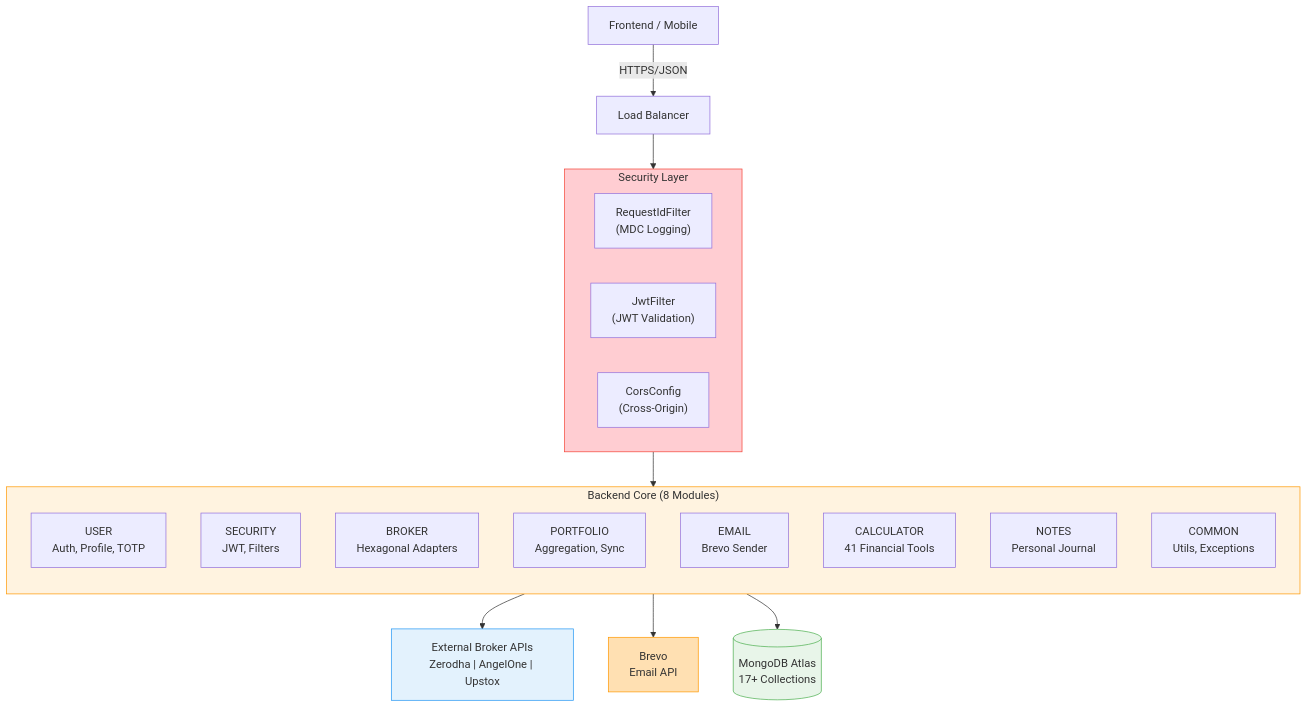
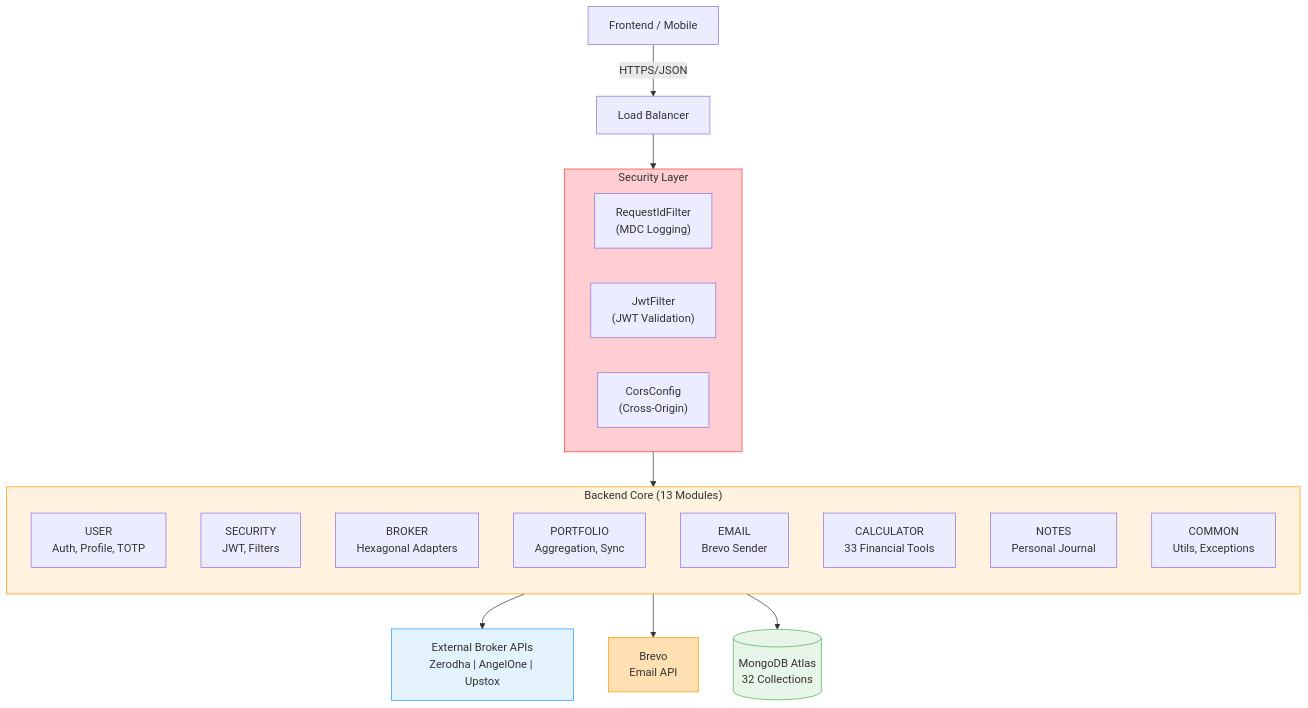
Before and after one commit to urvagandhi/coinTrack: the first of 10 diagrams in backend/README.md, drawn with Mermaid. The commit also changed other lines of this file and 35 other files, not shown here.

````diff
--- a/backend/README.md
+++ b/backend/README.md
@@ -91,36 +91,36 @@
 ```mermaid
 graph TB
     FE["Frontend / Mobile"] -->|"HTTPS/JSON"| LB["Load Balancer"]
 
     LB --> SEC
 
     subgraph SEC["Security Layer"]
         RIF["RequestIdFilter<br/>(MDC Logging)"]
         JWF["JwtFilter<br/>(JWT Validation)"]
         CORS["CorsConfig<br/>(Cross-Origin)"]
     end
 
     SEC --> CORE
 
-    subgraph CORE["Backend Core (8 Modules)"]
+    subgraph CORE["Backend Core (13 Modules)"]
         direction TB
         USER["USER<br/>Auth, Profile, TOTP"]
         SECURITY["SECURITY<br/>JWT, Filters"]
         BROKER["BROKER<br/>Hexagonal Adapters"]
         PORTFOLIO["PORTFOLIO<br/>Aggregation, Sync"]
         EMAIL["EMAIL<br/>Brevo Sender"]
-        CALCULATOR["CALCULATOR<br/>41 Financial Tools"]
+        CALCULATOR["CALCULATOR<br/>33 Financial Tools"]
         NOTES["NOTES<br/>Personal Journal"]
         COMMON["COMMON<br/>Utils, Exceptions"]
     end
 
-    CORE --> DB[("MongoDB Atlas<br/>17+ Collections")]
+    CORE --> DB[("MongoDB Atlas<br/>32 Collections")]
     BROKER --> APIS["External Broker APIs<br/>Zerodha | AngelOne | Upstox"]
     EMAIL --> BREVO["Brevo<br/>Email API"]
 
     style SEC fill:#ffcdd2,stroke:#F44336
     style CORE fill:#fff3e0,stroke:#FF9800
     style DB fill:#e8f5e9,stroke:#4CAF50
     style APIS fill:#e3f2fd,stroke:#2196F3
     style BREVO fill:#ffe0b2,stroke:#FF9800
 ```
````
